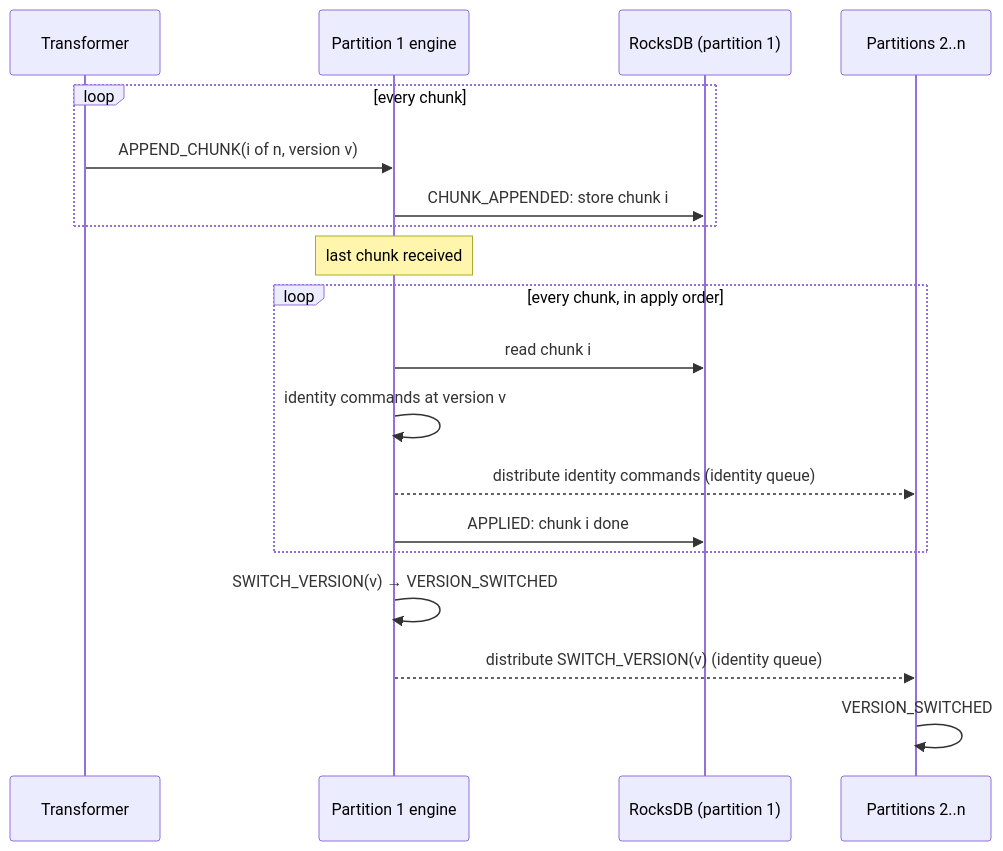
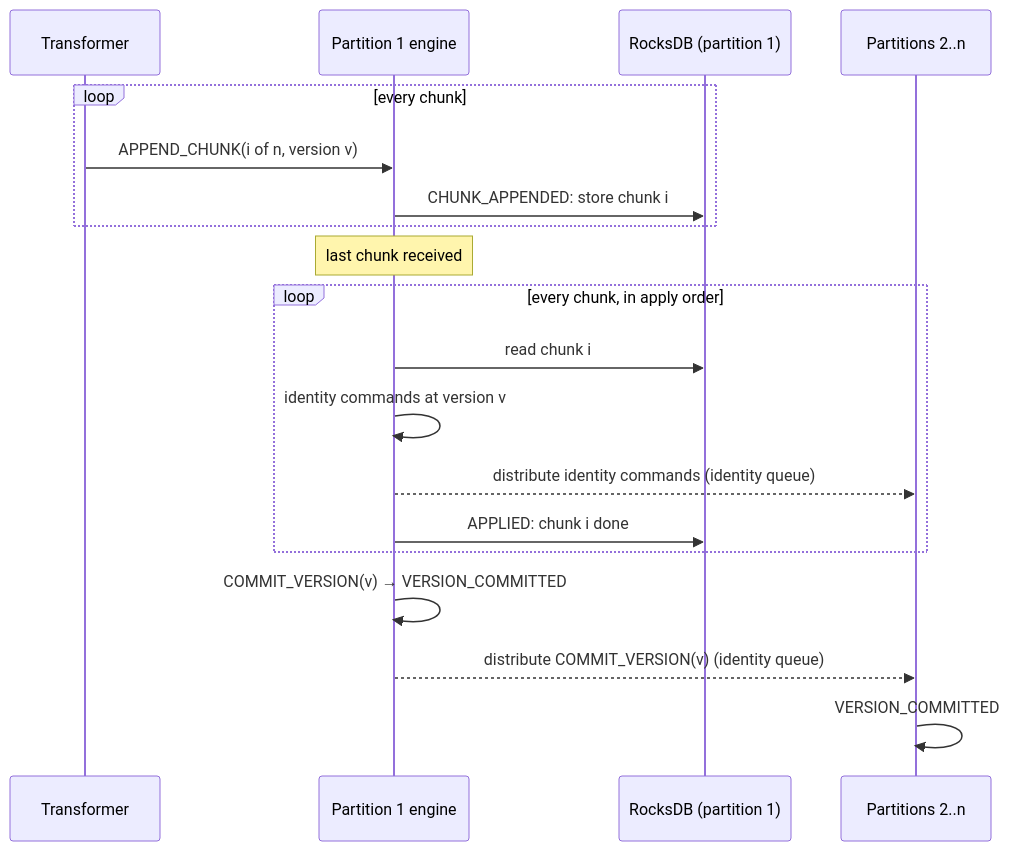
One commit to camunda/camunda changed the third of 3 diagrams in docs/zeebe/hub-identity.md. Above: the diagram before and after it, drawn with Mermaid. The commit also changed other lines of this file and 5 other files, not shown here.

First line of the commit message:
refactor: name the last step of a policy update a version commit

````diff
--- a/docs/zeebe/hub-identity.md
+++ b/docs/zeebe/hub-identity.md
@@ -138,22 +138,22 @@
 ```mermaid
 sequenceDiagram
   participant T as Transformer
   participant P1 as Partition 1 engine
   participant DB as RocksDB (partition 1)
   participant Pn as Partitions 2..n
 
   loop every chunk
     T ->> P1: APPEND_CHUNK(i of n, version v)
     P1 ->> DB: CHUNK_APPENDED: store chunk i
   end
   Note over P1: last chunk received
   loop every chunk, in apply order
     P1 ->> DB: read chunk i
     P1 ->> P1: identity commands at version v
     P1 -->> Pn: distribute identity commands (identity queue)
     P1 ->> DB: APPLIED: chunk i done
   end
-  P1 ->> P1: SWITCH_VERSION(v) → VERSION_SWITCHED
-  P1 -->> Pn: distribute SWITCH_VERSION(v) (identity queue)
-  Pn ->> Pn: VERSION_SWITCHED
+  P1 ->> P1: COMMIT_VERSION(v) → VERSION_COMMITTED
+  P1 -->> Pn: distribute COMMIT_VERSION(v) (identity queue)
+  Pn ->> Pn: VERSION_COMMITTED
 ```
````
